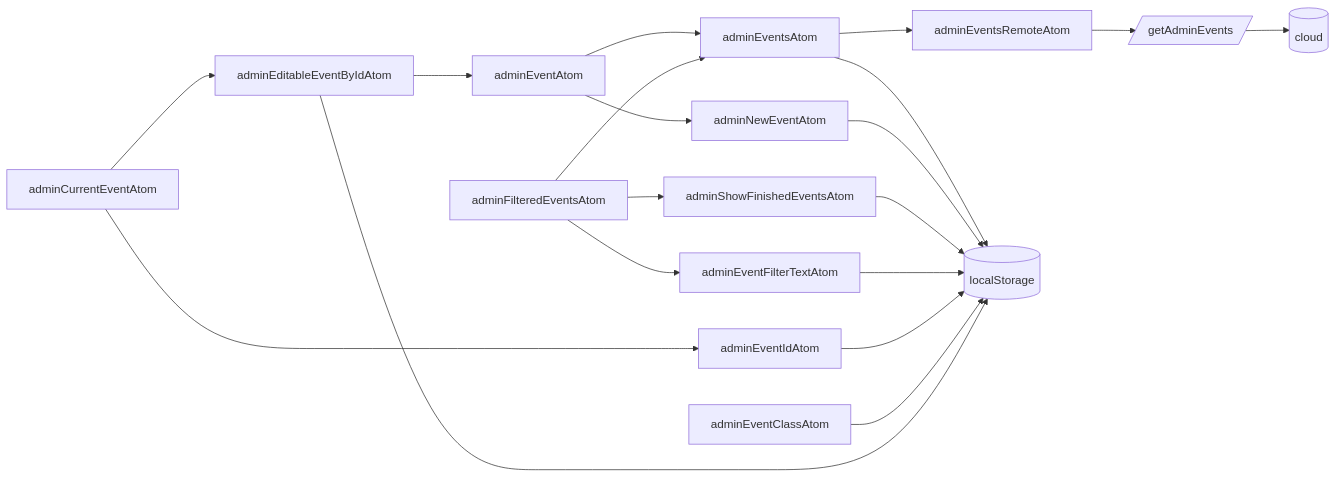
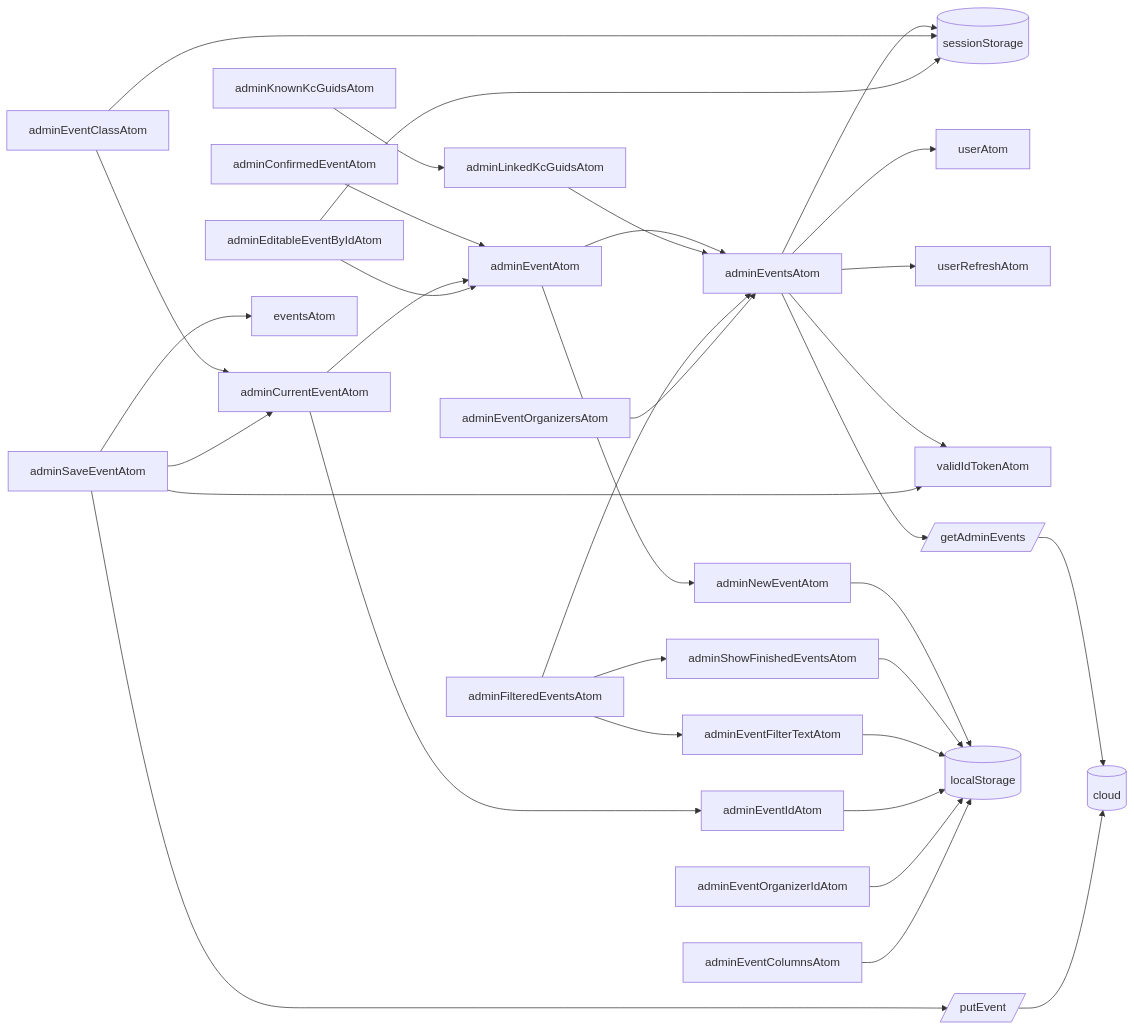
The first of 4 diagrams in src/pages/admin/state/README.md (koekalenteri/koekalenteri), drawn with Mermaid before and after one commit. The commit also changed other lines of this file, not shown here.

Commit message:
docs(admin): redraw the events state graph from the code
The Events graph showed adminEventsAtom reading adminEventsRemoteAtom although
atoms.ts re-exports the remote atom under that name, put the event cache, the
selected class and the editable event copies in localStorage although they live
in sessionStorage, had adminCurrentEventAtom read the editable copy instead of
adminEventAtom and adminEventIdAtom, and left out seven exported atoms. The
graph is now drawn from the get() reads and storage helpers in
src/pages/admin/state/events/.

Claude-Session: https://claude.ai/code/session_01Y8jba8dF3hxGNtAqsVpJTS

````diff
--- a/src/pages/admin/state/README.md
+++ b/src/pages/admin/state/README.md
@@ -36,27 +41,48 @@
 ```mermaid
 graph LR
-  adminEventsAtom-->adminEventsRemoteAtom
-  adminEventsAtom-->localStorage
+  adminEventsAtom-->sessionStorage
+  adminEventsAtom-->userAtom
+  adminEventsAtom-->userRefreshAtom
+  adminEventsAtom-->validIdTokenAtom
+  adminEventsAtom-->getAdminEvents[/getAdminEvents/]-->aws
+
   adminNewEventAtom-->localStorage
   adminShowFinishedEventsAtom-->localStorage
   adminEventFilterTextAtom-->localStorage
   adminEventIdAtom-->localStorage
-  adminEventClassAtom-->localStorage
-  adminEditableEventByIdAtom-->localStorage
-  adminEditableEventByIdAtom-->adminEventAtom
+  adminEventOrganizerIdAtom-->localStorage
+  adminEventColumnsAtom-->localStorage
 
   localStorage[(localStorage)]
-  adminEventsRemoteAtom-->getAdminEvents[/getAdminEvents/]-->aws
+  sessionStorage[(sessionStorage)]
 
   adminEventAtom-->adminNewEventAtom
   adminEventAtom-->adminEventsAtom
 
-  adminCurrentEventAtom-->adminEditableEventByIdAtom
+  adminLinkedKcGuidsAtom-->adminEventsAtom
+  adminKnownKcGuidsAtom-->adminLinkedKcGuidsAtom
+
+  adminConfirmedEventAtom-->adminEventAtom
+
   adminCurrentEventAtom-->adminEventIdAtom
+  adminCurrentEventAtom-->adminEventAtom
 
   adminFilteredEventsAtom-->adminEventsAtom
   adminFilteredEventsAtom-->adminEventFilterTextAtom
   adminFilteredEventsAtom-->adminShowFinishedEventsAtom
 
+  adminEventOrganizersAtom-->adminEventsAtom
+
+  adminEventClassAtom-->sessionStorage
+  adminEventClassAtom-->adminCurrentEventAtom
+
+  adminEditableEventByIdAtom-->sessionStorage
+  adminEditableEventByIdAtom-->adminEventAtom
+
+  adminSaveEventAtom-->adminCurrentEventAtom
+  adminSaveEventAtom-->validIdTokenAtom
+  adminSaveEventAtom-->eventsAtom
+  adminSaveEventAtom-->putEvent[/putEvent/]-->aws
+
   aws[(cloud)]
 ```
````
